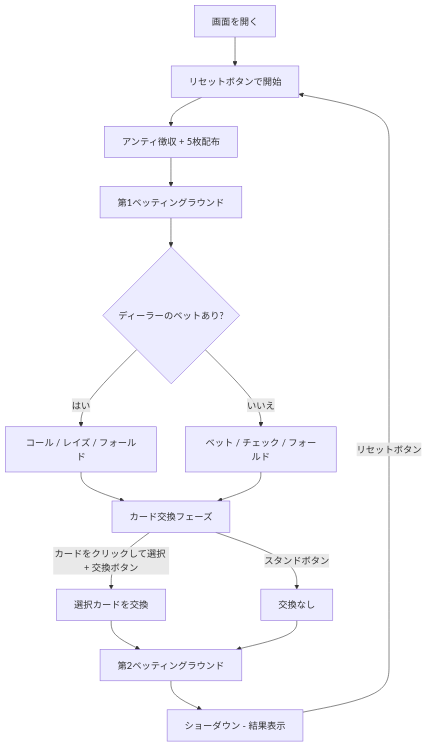
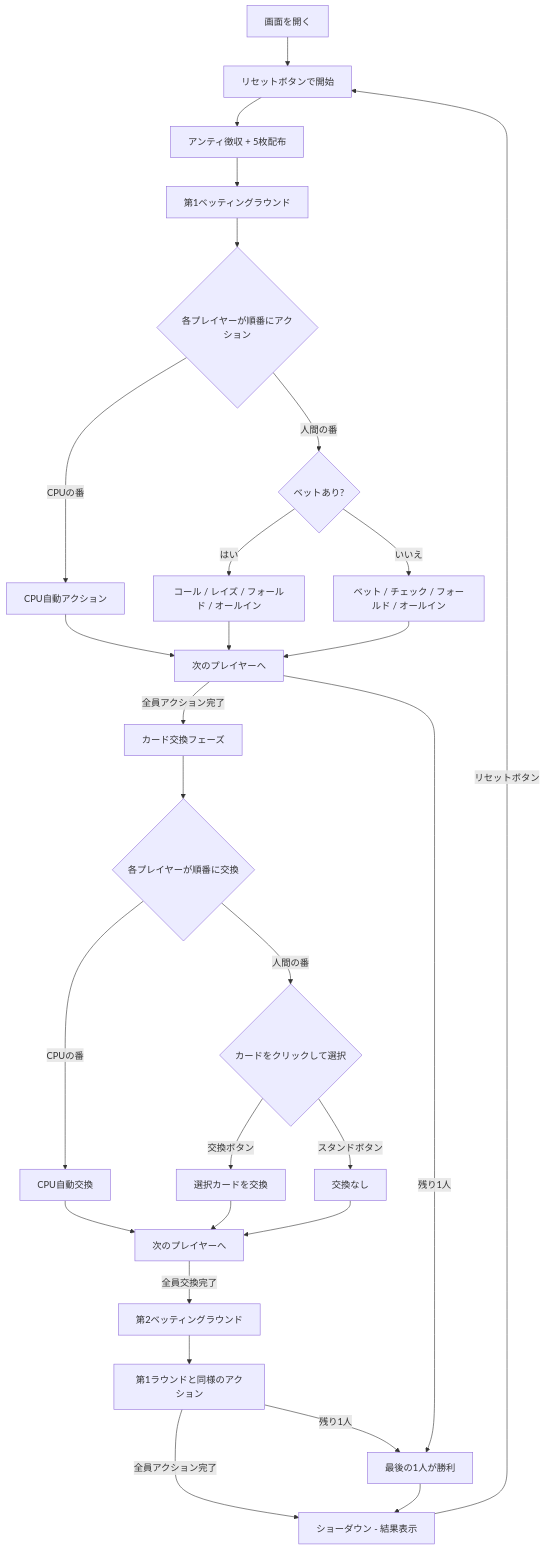
Before and after one commit to yuta-yoshinaga/go_trumpcards: the diagram in docs/manual/web/poker.md, drawn with Mermaid. The commit also changed other lines of this file and 33 other files, not shown here.

````diff
--- a/docs/manual/web/poker.md
+++ b/docs/manual/web/poker.md
@@ -41,17 +65,30 @@
 ```mermaid
 flowchart TD
     A[画面を開く] --> B[リセットボタンで開始]
     B --> C[アンティ徴収 + 5枚配布]
     C --> D[第1ベッティングラウンド]
-    D --> E{ディーラーのベットあり?}
-    E -->|はい| F[コール / レイズ / フォールド]
-    E -->|いいえ| G[ベット / チェック / フォールド]
-    F --> H[カード交換フェーズ]
-    G --> H
-    H -->|カードをクリックして選択 + 交換ボタン| I[選択カードを交換]
-    H -->|スタンドボタン| J[交換なし]
-    I --> K[第2ベッティングラウンド]
-    J --> K
-    K --> L[ショーダウン - 結果表示]
-    L -->|リセットボタン| B
+    D --> E{各プレイヤーが順番にアクション}
+    E -->|CPUの番| F[CPU自動アクション]
+    E -->|人間の番| G{ベットあり?}
+    G -->|はい| H[コール / レイズ / フォールド / オールイン]
+    G -->|いいえ| I[ベット / チェック / フォールド / オールイン]
+    F --> J[次のプレイヤーへ]
+    H --> J
+    I --> J
+    J -->|全員アクション完了| K[カード交換フェーズ]
+    J -->|残り1人| L[最後の1人が勝利]
+    K --> M{各プレイヤーが順番に交換}
+    M -->|CPUの番| N[CPU自動交換]
+    M -->|人間の番| O{カードをクリックして選択}
+    O -->|交換ボタン| P[選択カードを交換]
+    O -->|スタンドボタン| Q[交換なし]
+    N --> R[次のプレイヤーへ]
+    P --> R
+    Q --> R
+    R -->|全員交換完了| S[第2ベッティングラウンド]
+    S --> T[第1ラウンドと同様のアクション]
+    T -->|全員アクション完了| U[ショーダウン - 結果表示]
+    T -->|残り1人| L
+    L --> U
+    U -->|リセットボタン| B
 ```
````
